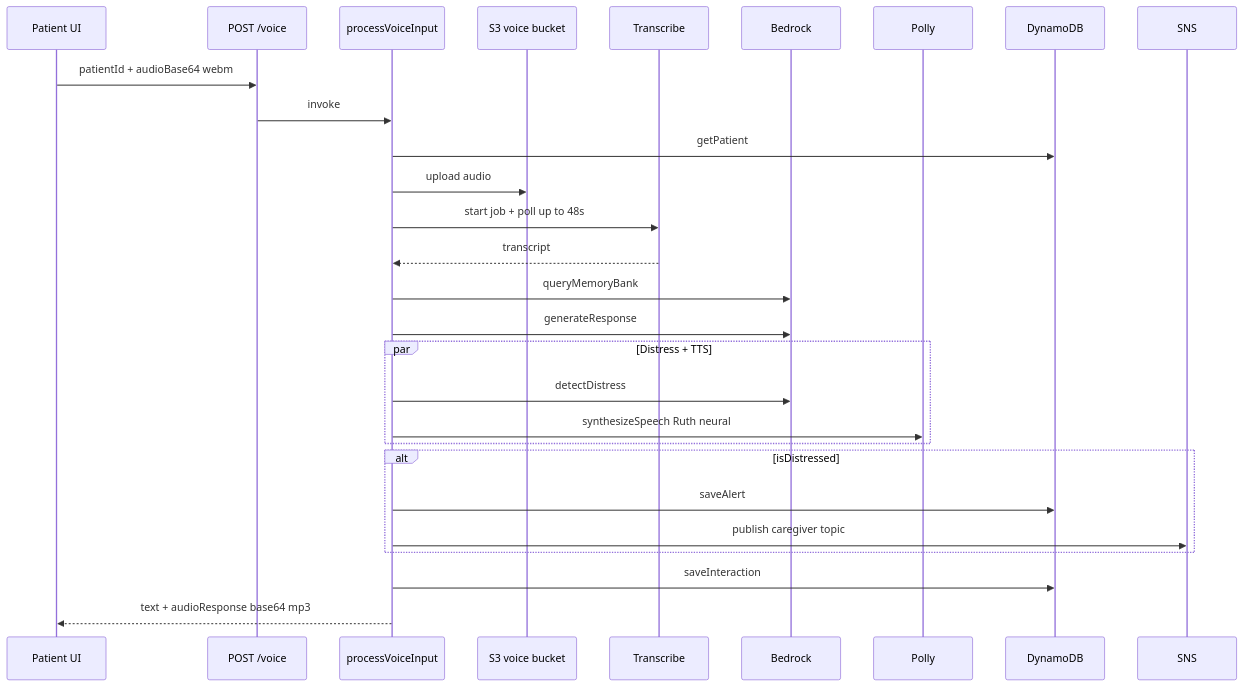
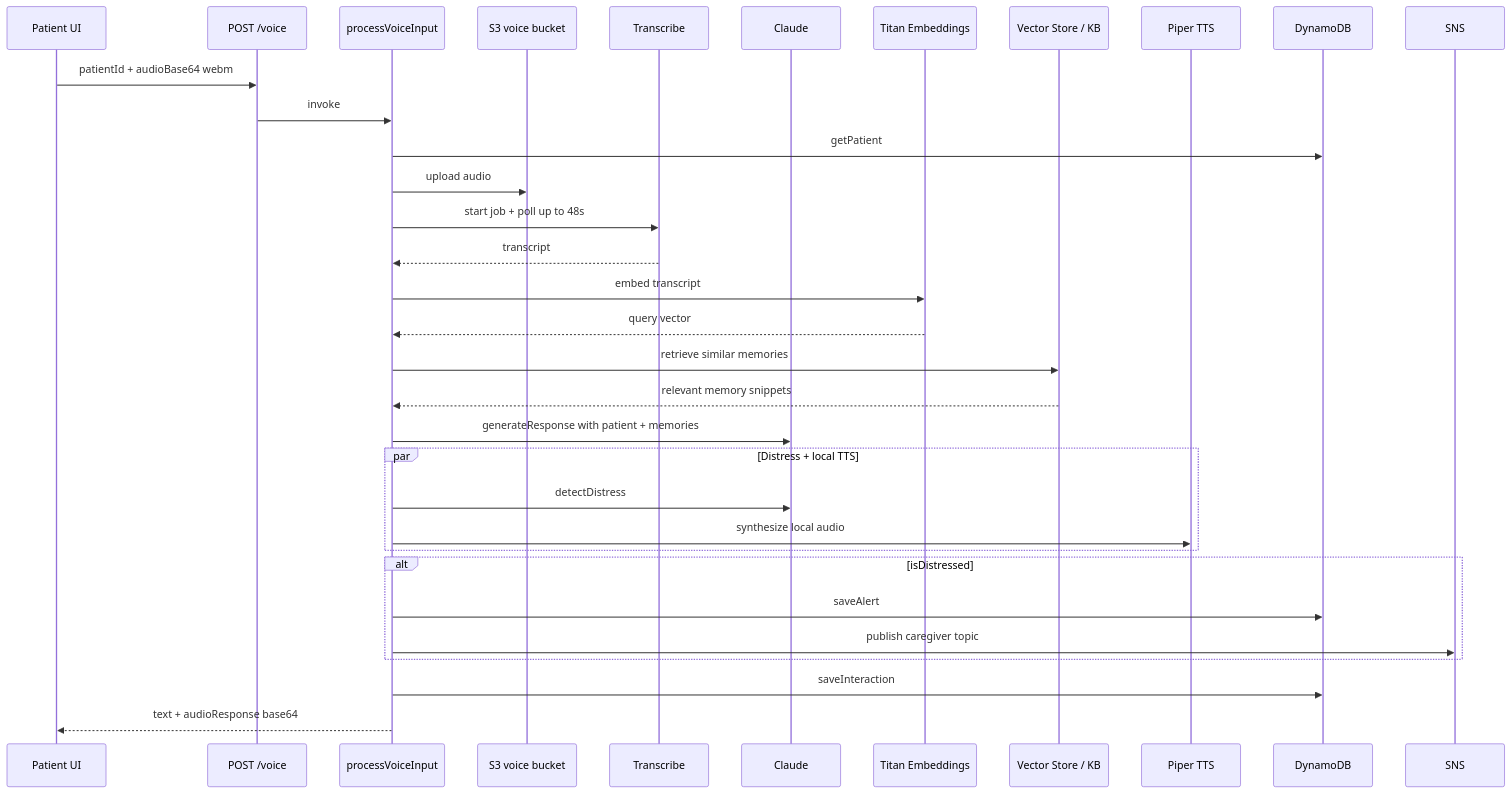
The diagram in docs/architecture/voice-pipeline.md (jatishay07/Memodi), drawn with Mermaid before and after one commit. The commit also changed other lines of this file and 19 other files, not shown here.

````diff
--- a/docs/architecture/voice-pipeline.md
+++ b/docs/architecture/voice-pipeline.md
@@ -7,31 +7,36 @@
 ```mermaid
 sequenceDiagram
   participant P as Patient UI
   participant API as POST /voice
   participant V as processVoiceInput
   participant S3 as S3 voice bucket
   participant T as Transcribe
-  participant B as Bedrock
-  participant Polly as Polly
+  participant C as Claude
+  participant E as Titan Embeddings
+  participant KB as Vector Store / KB
+  participant Piper as Piper TTS
   participant DDB as DynamoDB
   participant SNS as SNS
 
   P->>API: patientId + audioBase64 webm
   API->>V: invoke
   V->>DDB: getPatient
   V->>S3: upload audio
   V->>T: start job + poll up to 48s
   T-->>V: transcript
-  V->>B: queryMemoryBank
-  V->>B: generateResponse
-  par Distress + TTS
-    V->>B: detectDistress
-    V->>Polly: synthesizeSpeech Ruth neural
+  V->>E: embed transcript
+  E-->>V: query vector
+  V->>KB: retrieve similar memories
+  KB-->>V: relevant memory snippets
+  V->>C: generateResponse with patient + memories
+  par Distress + local TTS
+    V->>C: detectDistress
+    V->>Piper: synthesize local audio
   end
   alt isDistressed
     V->>DDB: saveAlert
     V->>SNS: publish caregiver topic
   end
   V->>DDB: saveInteraction
-  V-->>P: text + audioResponse base64 mp3
+  V-->>P: text + audioResponse base64
 ```
````
